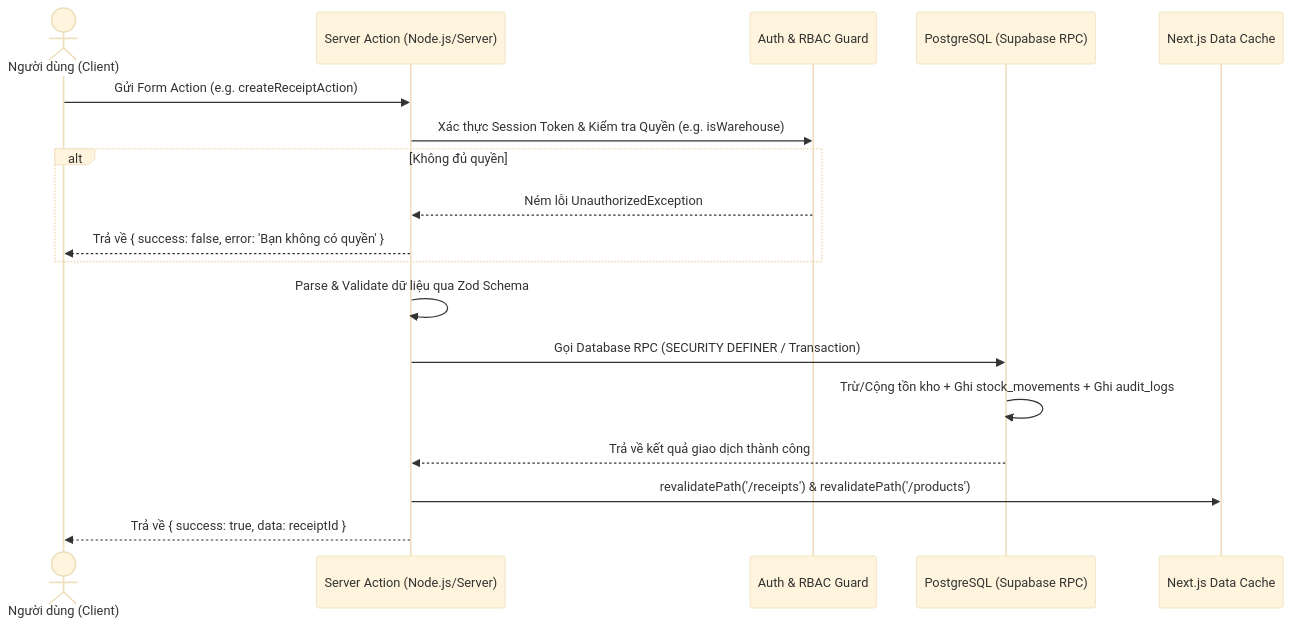
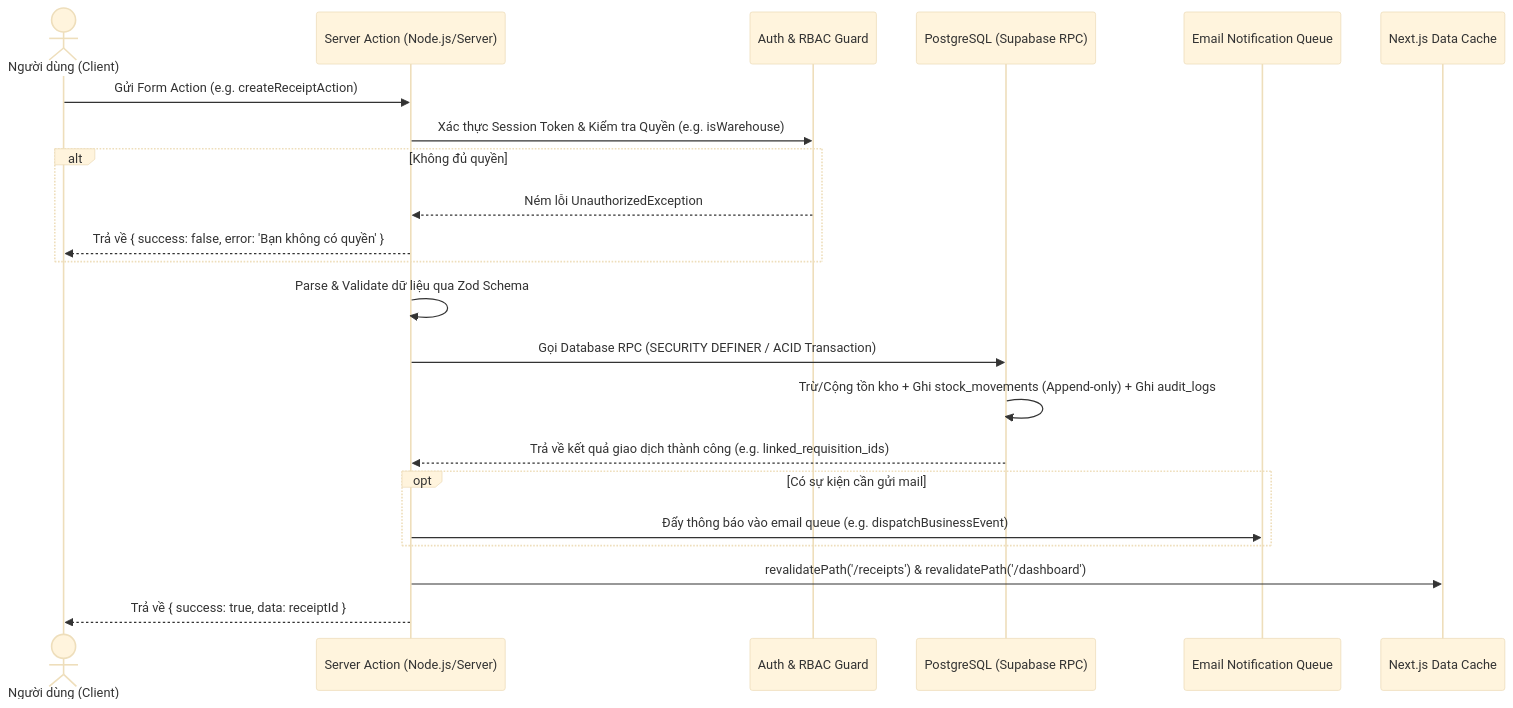
Before and after one commit to theiheu/minh-tan-phat-supply: the second of 2 diagrams in docs/architecture/system-overview.md, drawn with Mermaid (base theme). The commit also changed other lines of this file and 244 other files, not shown here.

````diff
--- a/docs/architecture/system-overview.md
+++ b/docs/architecture/system-overview.md
@@ -134,21 +159,25 @@
 ```mermaid
 sequenceDiagram
     actor User as Người dùng (Client)
     participant Action as Server Action (Node.js/Server)
     participant Auth as Auth & RBAC Guard
     participant DB as PostgreSQL (Supabase RPC)
+    participant Mail as Email Notification Queue
     participant Cache as Next.js Data Cache
 
     User->>Action: Gửi Form Action (e.g. createReceiptAction)
     Action->>Auth: Xác thực Session Token & Kiểm tra Quyền (e.g. isWarehouse)
     alt Không đủ quyền
         Auth-->>Action: Ném lỗi UnauthorizedException
         Action-->>User: Trả về { success: false, error: 'Bạn không có quyền' }
     end
     Action->>Action: Parse & Validate dữ liệu qua Zod Schema
-    Action->>DB: Gọi Database RPC (SECURITY DEFINER / Transaction)
-    DB->>DB: Trừ/Cộng tồn kho + Ghi stock_movements + Ghi audit_logs
-    DB-->>Action: Trả về kết quả giao dịch thành công
-    Action->>Cache: revalidatePath('/receipts') & revalidatePath('/products')
+    Action->>DB: Gọi Database RPC (SECURITY DEFINER / ACID Transaction)
+    DB->>DB: Trừ/Cộng tồn kho + Ghi stock_movements (Append-only) + Ghi audit_logs
+    DB-->>Action: Trả về kết quả giao dịch thành công (e.g. linked_requisition_ids)
+    opt Có sự kiện cần gửi mail
+        Action->>Mail: Đẩy thông báo vào email queue (e.g. dispatchBusinessEvent)
+    end
+    Action->>Cache: revalidatePath('/receipts') & revalidatePath('/dashboard')
     Action-->>User: Trả về { success: true, data: receiptId }
 ```
````
